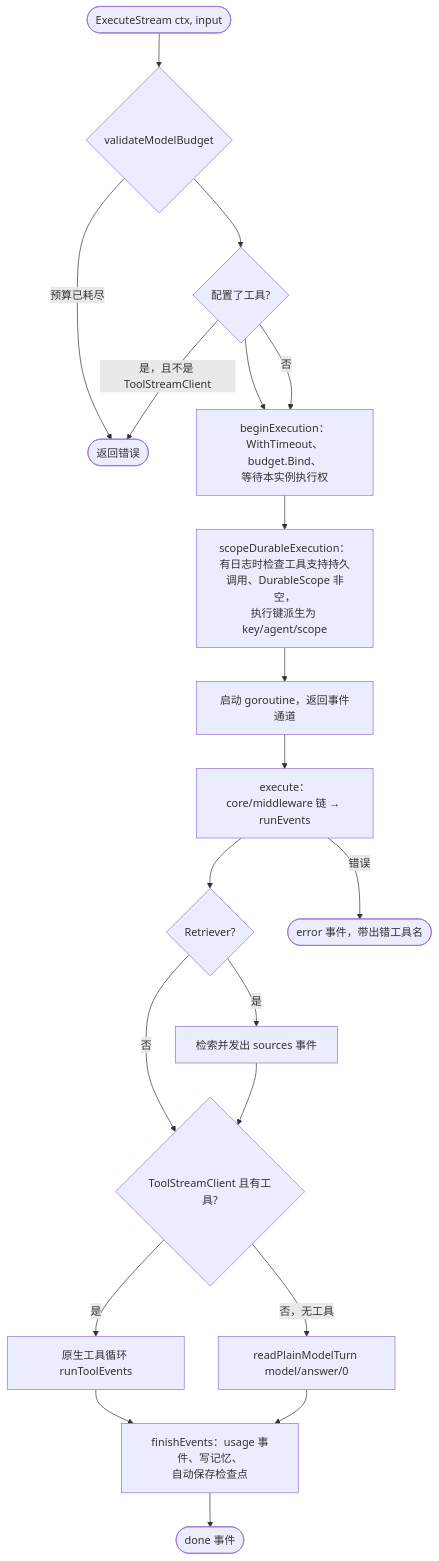
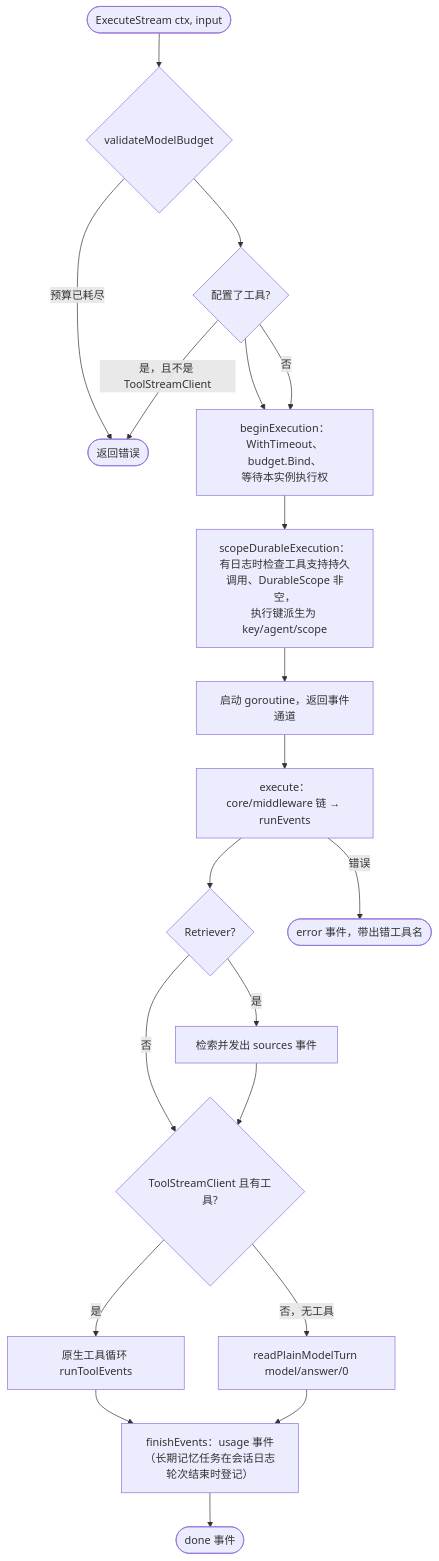
The first of 5 diagrams in docs/design/FLOW_DIAGRAMS.md (kart-io/goagent), drawn with Mermaid before and after one commit. The commit also changed other lines of this file and 60 other files, not shown here.

````diff
--- a/docs/design/FLOW_DIAGRAMS.md
+++ b/docs/design/FLOW_DIAGRAMS.md
@@ -9,22 +9,22 @@
 ```mermaid
 flowchart TB
     IN([ExecuteStream ctx, input]) --> BUDGET{validateModelBudget}
     BUDGET -->|预算已耗尽| ERR([返回错误])
     BUDGET --> TC{配置了工具?}
     TC -->|是，且不是 ToolStreamClient| ERR
     TC --> GATE[beginExecution：WithTimeout、budget.Bind、<br/>等待本实例执行权]
     TC -->|否| GATE
     GATE --> DUR[scopeDurableExecution：<br/>有日志时检查工具支持持久调用、DurableScope 非空，<br/>执行键派生为 key/agent/scope]
     DUR --> GO[启动 goroutine，返回事件通道]
     GO --> CHAIN[execute：core/middleware 链 → runEvents]
     CHAIN --> RET{Retriever?}
     RET -->|是| SRC[检索并发出 sources 事件]
     RET -->|否| PATH
     SRC --> PATH{ToolStreamClient 且有工具?}
     PATH -->|是| LOOP[原生工具循环 runToolEvents]
     PATH -->|否，无工具| PLAIN[readPlainModelTurn model/answer/0]
-    LOOP --> FIN[finishEvents：usage 事件、写记忆、<br/>自动保存检查点]
+    LOOP --> FIN[finishEvents：usage 事件<br/>（长期记忆任务在会话日志轮次结束时登记）]
     PLAIN --> FIN
     FIN --> DONE([done 事件])
     CHAIN -->|错误| ERRE([error 事件，带出错工具名])
 ```
````
